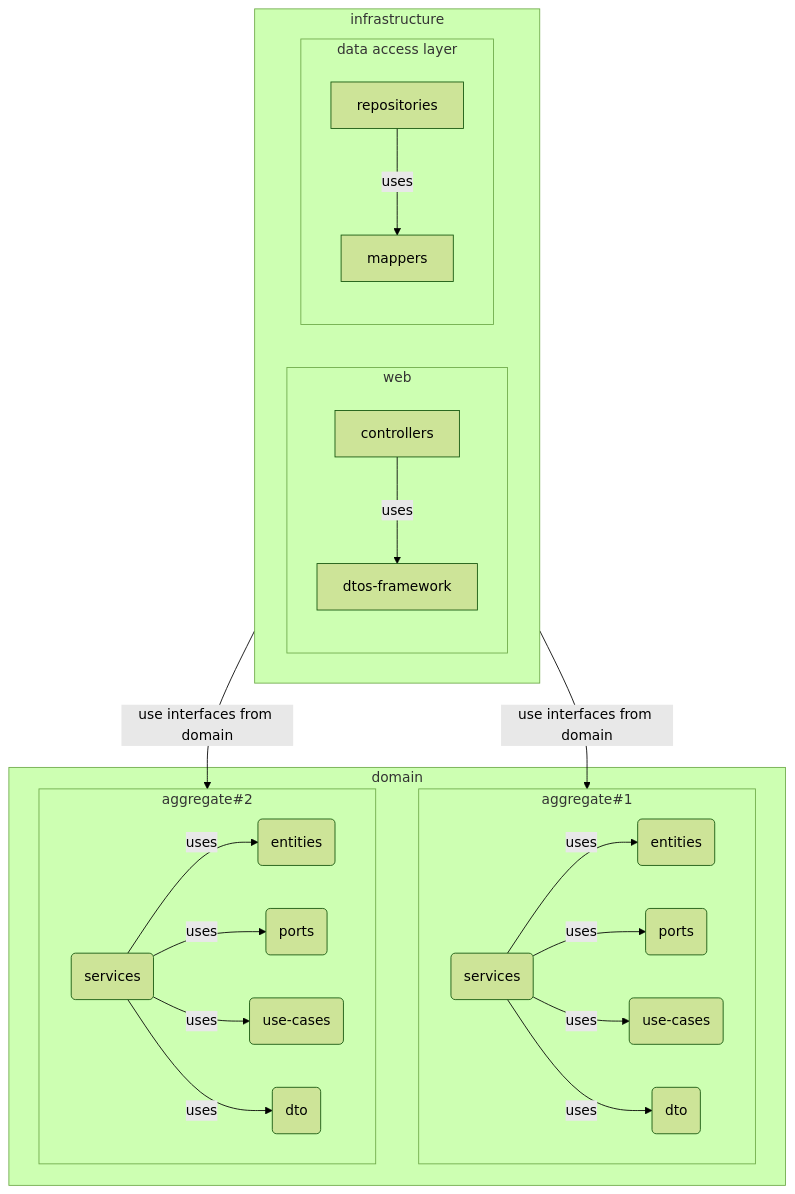
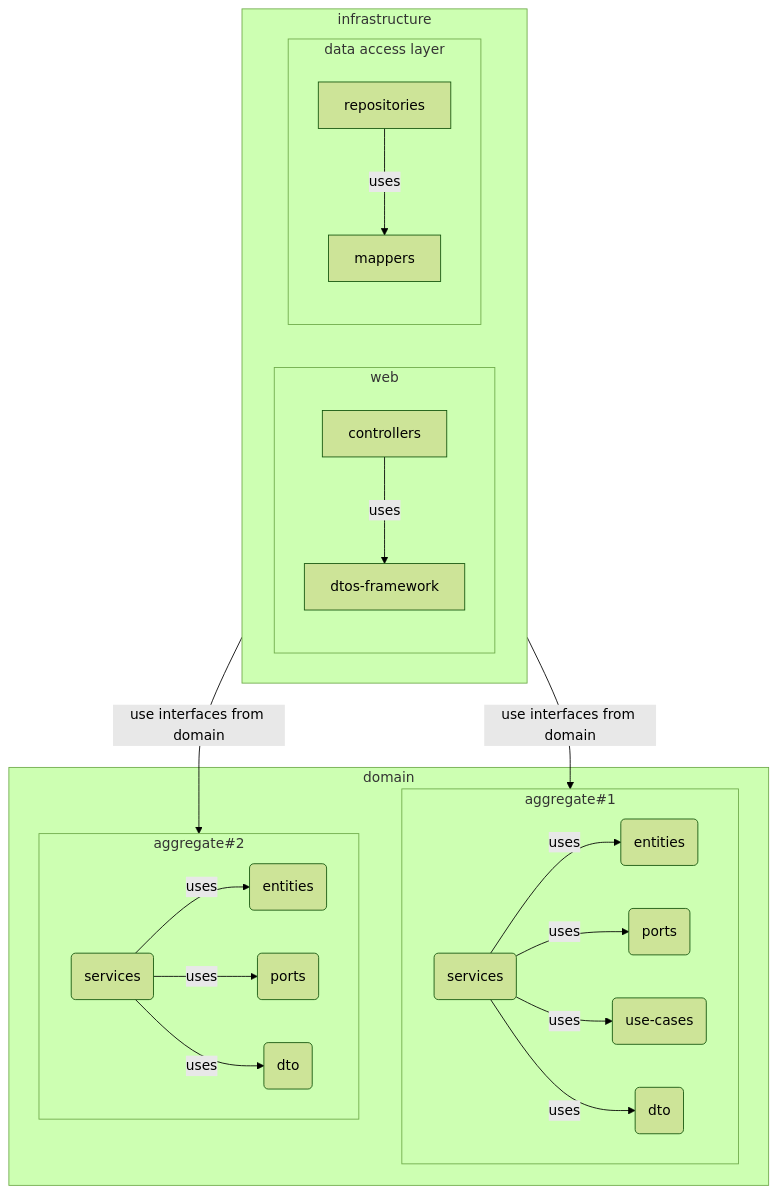
The diagram in README.md (zhuravlevma/typescript-ddd-architecture), drawn with Mermaid (forest theme) before and after one commit.

````diff
--- a/README.md
+++ b/README.md
@@ -3,32 +3,31 @@
 ```mermaid
   flowchart TB
 
     subgraph infrastructure
     subgraph web
     controllers -- uses -->dtos-framework
     end
     subgraph data access layer
     repositories -- uses --> mappers
     end
     end
     subgraph domain
     subgraph aggregate#1
 
     services1(services) -- uses --> entities1(entities)
     services1(services) -- uses --> ports1(ports)
     services1(services) -- uses --> use-cases1(use-cases)
     services1(services) -- uses --> plain-dto1(dto)
     end
 
     subgraph aggregate#2
 
     services2(services) -- uses --> entities2(entities)
     services2(services) -- uses --> ports2(ports)
-    services2(services) -- uses --> use-cases2(use-cases)
     services2(services) -- uses --> plain-dto2(dto)
     end
     end
 
     infrastructure -- use interfaces from domain --> aggregate#2
     infrastructure -- use interfaces from domain --> aggregate#1
 ```
````
